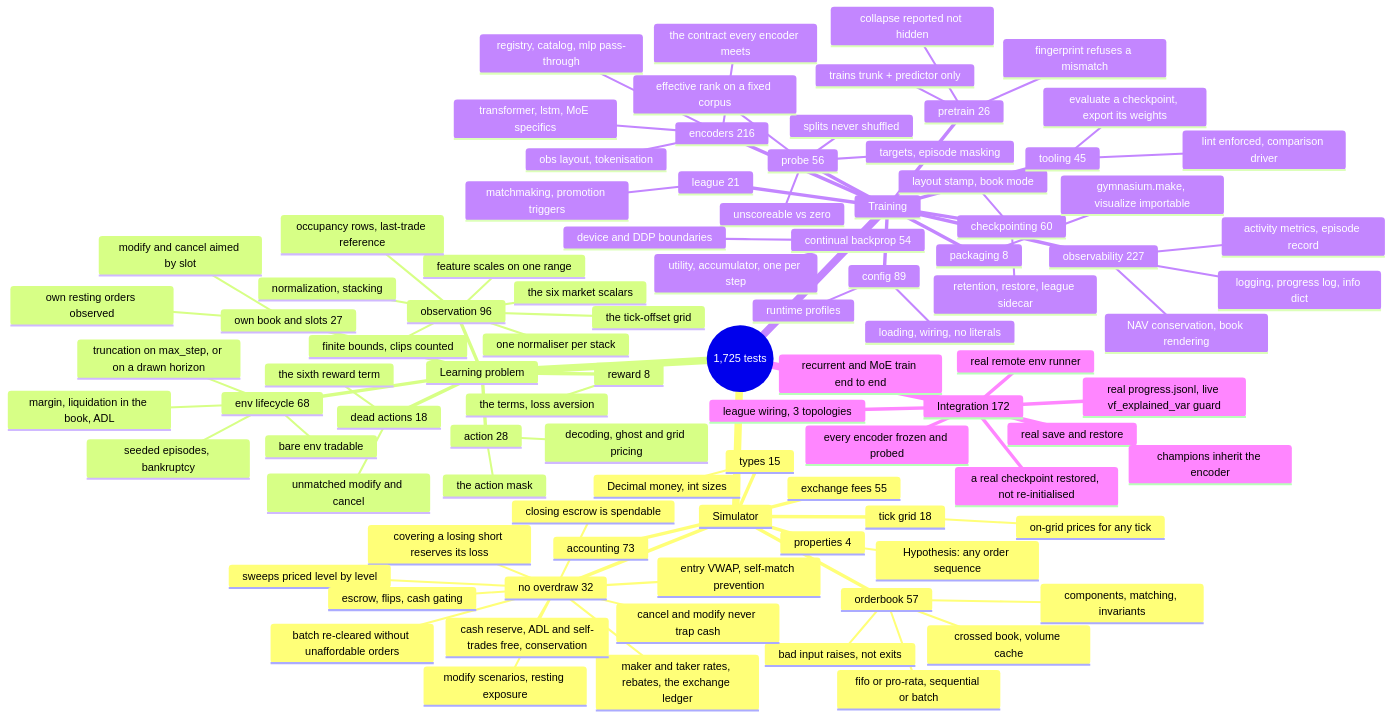
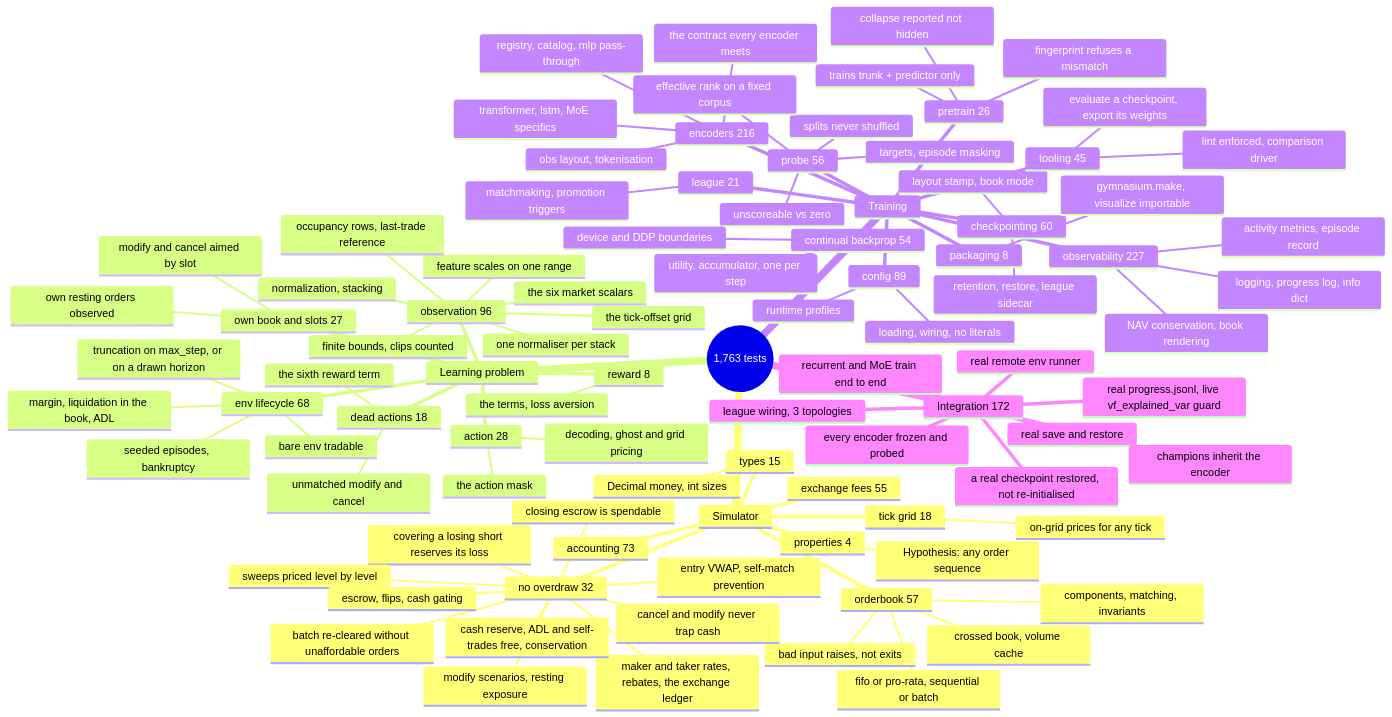
Before and after one commit to ChuaCheowHuan/gym-continuousDoubleAuction: the diagram in doc/10_testing.md, drawn with Mermaid. The commit also changed other lines of this file and 11 other files, not shown here.

````diff
--- a/doc/10_testing.md
+++ b/doc/10_testing.md
@@ -155,6 +156,6 @@
 ```mermaid
 mindmap
-  root((1,725 tests))
+  root((1,763 tests))
     Simulator
       orderbook 57
         components, matching, invariants
````
